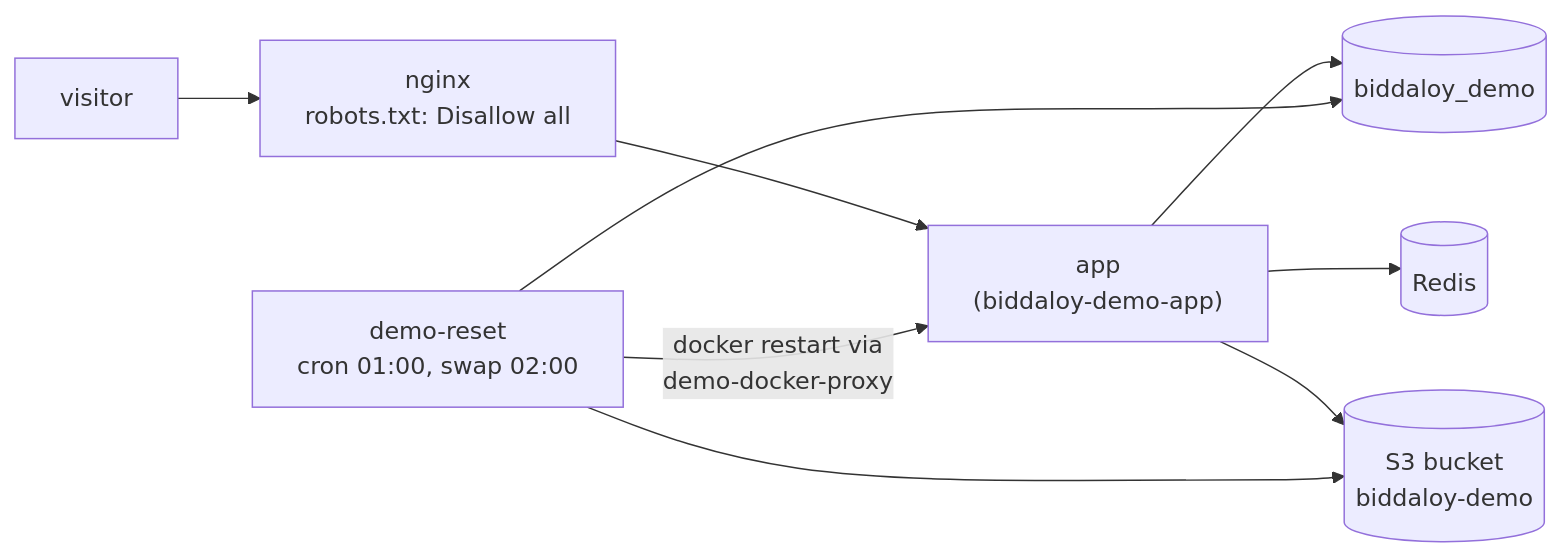
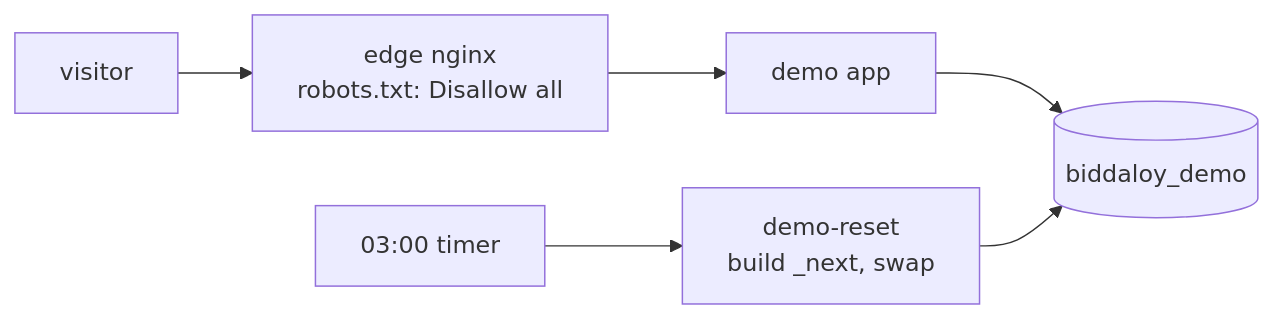
Before and after one commit to tareq89/biddaloy: the tenth of 12 diagrams in docs/architecture/07-deployment.md, drawn with Mermaid. The commit also changed other lines of this file and 9 other files, not shown here.

````diff
--- a/docs/architecture/07-deployment.md
+++ b/docs/architecture/07-deployment.md
@@ -354,11 +493,8 @@
 ```mermaid
 flowchart LR
-  V[visitor] --> N["nginx<br/>robots.txt: Disallow all"]
-  N --> A["app<br/>(biddaloy-demo-app)"]
-  A --> D[(biddaloy_demo)]
-  A --> R[(Redis)]
-  A --> S[(S3 bucket<br/>biddaloy-demo)]
-  X["demo-reset<br/>cron 01:00, swap 02:00"] --> D
-  X --> S
-  X -->|"docker restart via<br/>demo-docker-proxy"| A
+  V[visitor] --> N["edge nginx<br/>robots.txt: Disallow all"]
+  N --> A["demo app"]
+  A --> D[("biddaloy_demo")]
+  T["03:00 timer"] --> X["demo-reset<br/>build _next, swap"]
+  X --> D
 ```
````
